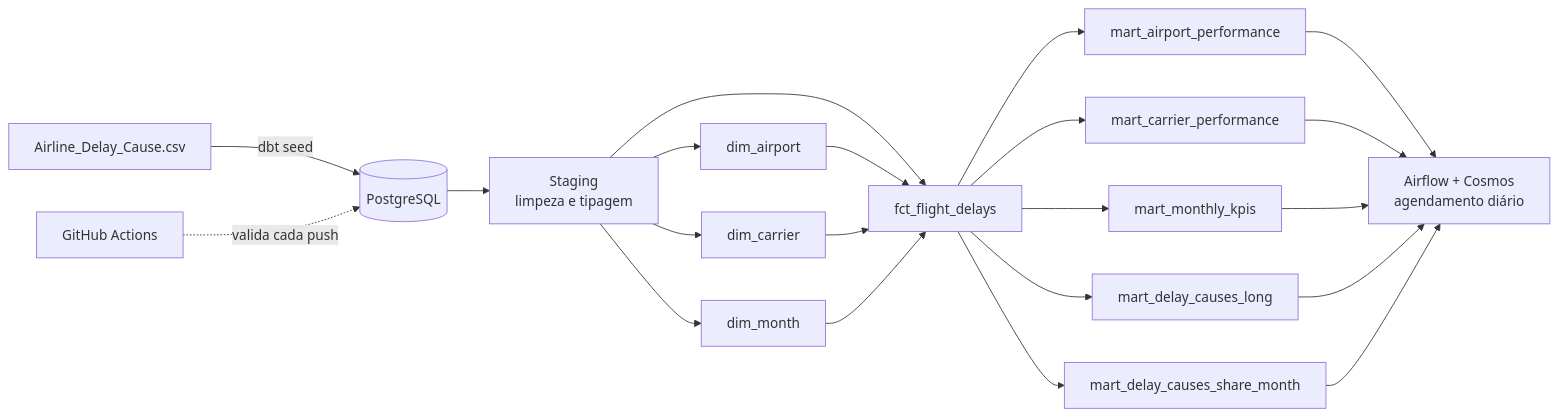
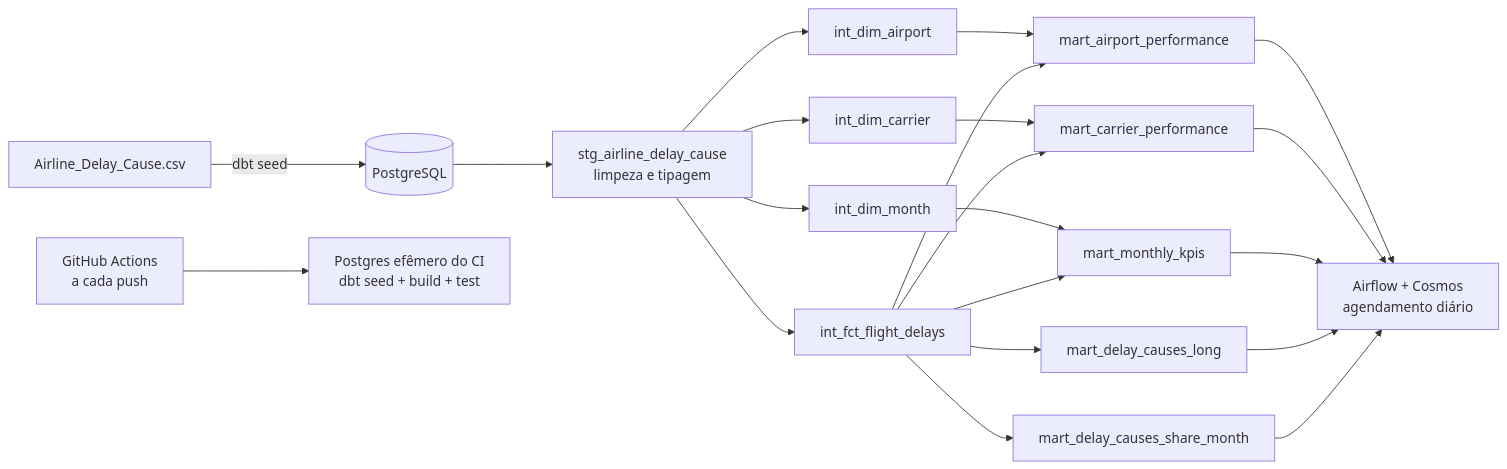
One commit to iannfava/data-warehouse-airflow-dbt changed the diagram in README.md. Above: the diagram before and after it, drawn with Mermaid. The commit also changed other lines of this file, not shown here.

Commit message:
docs: corrige diagrama de arquitetura e nomes dos models

````diff
--- a/README.md
+++ b/README.md
@@ -15,17 +15,19 @@
 ```mermaid
 flowchart LR
     A[Airline_Delay_Cause.csv] -->|dbt seed| B[(PostgreSQL)]
-    B --> C[Staging\nlimpeza e tipagem]
-    C --> D1[dim_airport]
-    C --> D2[dim_carrier]
-    C --> D3[dim_month]
-    C --> E[fct_flight_delays]
-    D1 & D2 & D3 --> E
-    E --> F1[mart_airport_performance]
-    E --> F2[mart_carrier_performance]
-    E --> F3[mart_monthly_kpis]
+    B --> C[stg_airline_delay_cause\nlimpeza e tipagem]
+    C --> D1[int_dim_airport]
+    C --> D2[int_dim_carrier]
+    C --> D3[int_dim_month]
+    C --> E[int_fct_flight_delays]
+    D1 --> F1[mart_airport_performance]
+    D2 --> F2[mart_carrier_performance]
+    D3 --> F3[mart_monthly_kpis]
+    E --> F1
+    E --> F2
+    E --> F3
     E --> F4[mart_delay_causes_long]
     E --> F5[mart_delay_causes_share_month]
     F1 & F2 & F3 & F4 & F5 --> G[Airflow + Cosmos\nagendamento diário]
-    H[GitHub Actions] -.valida cada push.-> B
+    H[GitHub Actions\na cada push] --> I[Postgres efêmero do CI\ndbt seed + build + test]
 ```
````
